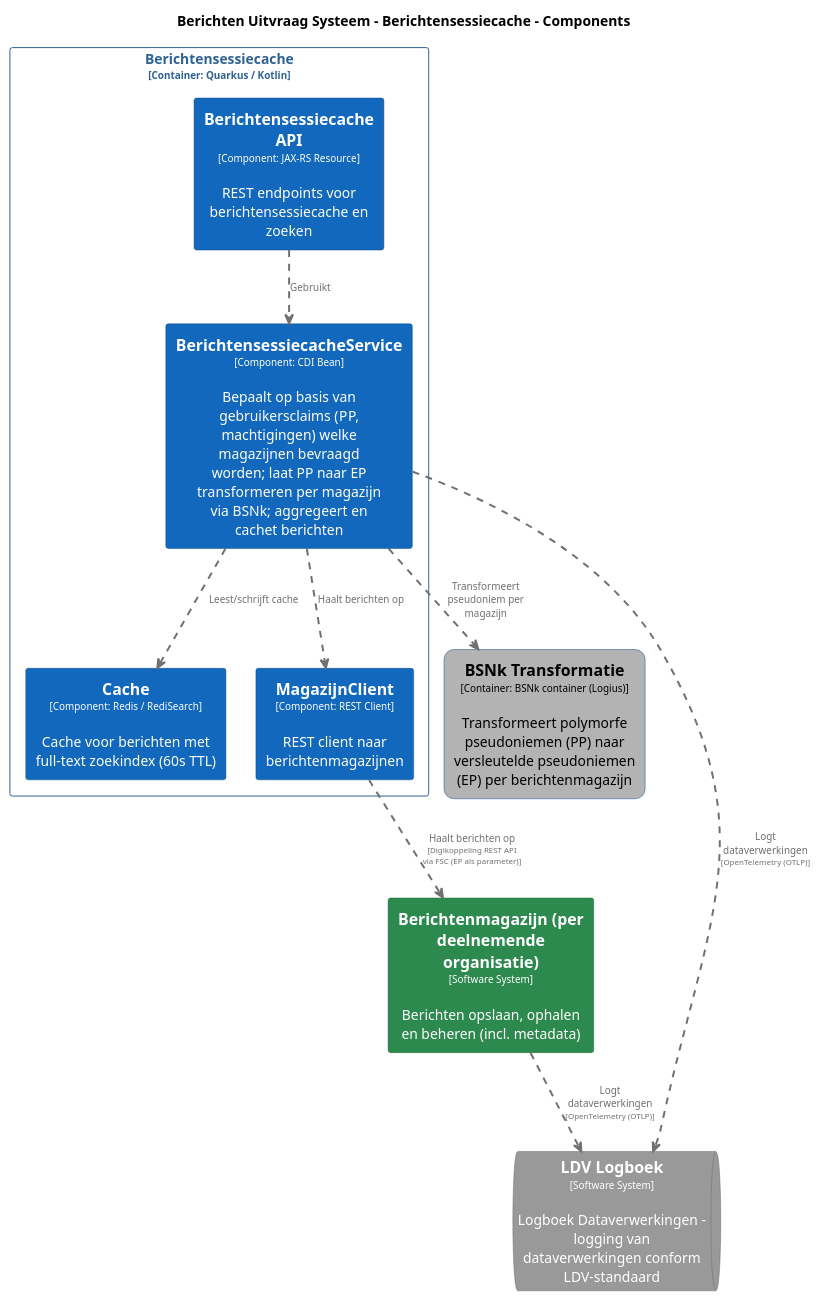
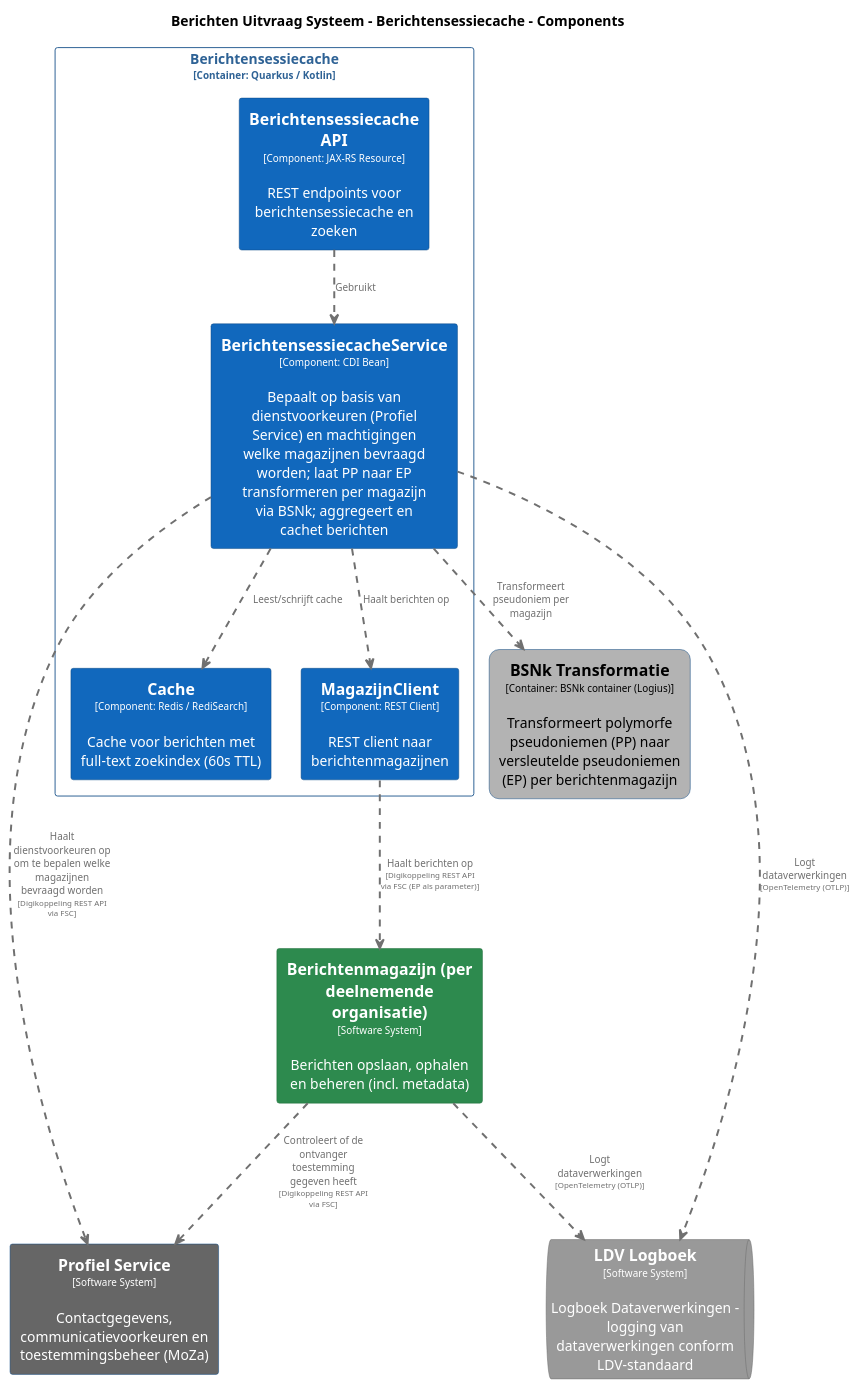
One commit to MinBZK/moza-poc-fbs-berichtenbox changed the diagram in pr-preview/pr-22/master/puml/BerichtensessiecacheComponenten.puml. Above: the diagram before and after it, drawn with PlantUML. The commit also changed 39 other files, not shown here.

```diff
--- a/pr-preview/pr-22/master/puml/BerichtensessiecacheComponenten.puml
+++ b/pr-preview/pr-22/master/puml/BerichtensessiecacheComponenten.puml
@@ -1,85 +1,94 @@
 @startuml
 set separator none
 title Berichten Uitvraag Systeem - Berichtensessiecache - Components
 
 top to bottom direction
 skinparam ranksep 60
 skinparam nodesep 30
 
 skinparam {
   arrowFontSize 10
   defaultTextAlignment center
   wrapWidth 200
   maxMessageSize 100
 }
 
 hide stereotype
 
 skinparam rectangle<<BerichtenUitvraagSysteem.BSNkTransformatie>> {
   BackgroundColor #b3b3b3
   FontColor #000000
   BorderColor #0b4884
   roundCorner 20
   shadowing false
 }
 skinparam rectangle<<Berichtenmagazijnperdeelnemendeorganisatie>> {
   BackgroundColor #2d8a4e
   FontColor #ffffff
   BorderColor #1e6b38
   shadowing false
 }
 skinparam rectangle<<BerichtenUitvraagSysteem.Berichtensessiecache.BerichtensessiecacheAPI>> {
   BackgroundColor #1168bd
   FontColor #ffffff
   BorderColor #0b4884
   shadowing false
 }
 skinparam rectangle<<BerichtenUitvraagSysteem.Berichtensessiecache.BerichtensessiecacheService>> {
   BackgroundColor #1168bd
   FontColor #ffffff
   BorderColor #0b4884
   shadowing false
 }
 skinparam rectangle<<BerichtenUitvraagSysteem.Berichtensessiecache.Cache>> {
   BackgroundColor #1168bd
   FontColor #ffffff
   BorderColor #0b4884
   shadowing false
 }
 skinparam queue<<LDVLogboek>> {
   BackgroundColor #999999
   FontColor #ffffff
   BorderColor #6b6b6b
   shadowing false
 }
 skinparam rectangle<<BerichtenUitvraagSysteem.Berichtensessiecache.MagazijnClient>> {
   BackgroundColor #1168bd
   FontColor #ffffff
   BorderColor #0b4884
   shadowing false
 }
+skinparam rectangle<<ProfielService>> {
+  BackgroundColor #666666
+  FontColor #ffffff
+  BorderColor #0b4884
+  shadowing false
+}
 skinparam rectangle<<BerichtenUitvraagSysteem.Berichtensessiecache>> {
   BorderColor #2e6295
   FontColor #2e6295
   shadowing false
 }
 
+rectangle "==Profiel Service\n<size:10>[Software System]</size>\n\nContactgegevens, communicatievoorkeuren en toestemmingsbeheer (MoZa)" <<ProfielService>> as ProfielService
 rectangle "==Berichtenmagazijn (per deelnemende organisatie)\n<size:10>[Software System]</size>\n\nBerichten opslaan, ophalen en beheren (incl. metadata)" <<Berichtenmagazijnperdeelnemendeorganisatie>> as Berichtenmagazijnperdeelnemendeorganisatie
 rectangle "==BSNk Transformatie\n<size:10>[Container: BSNk container (Logius)]</size>\n\nTransformeert polymorfe pseudoniemen (PP) naar versleutelde pseudoniemen (EP) per berichtenmagazijn" <<BerichtenUitvraagSysteem.BSNkTransformatie>> as BerichtenUitvraagSysteem.BSNkTransformatie
 queue "==LDV Logboek\n<size:10>[Software System]</size>\n\nLogboek Dataverwerkingen - logging van dataverwerkingen conform LDV-standaard" <<LDVLogboek>> as LDVLogboek
 
 rectangle "Berichtensessiecache\n<size:10>[Container: Quarkus / Kotlin]</size>" <<BerichtenUitvraagSysteem.Berichtensessiecache>> {
   rectangle "==Berichtensessiecache API\n<size:10>[Component: JAX-RS Resource]</size>\n\nREST endpoints voor berichtensessiecache en zoeken" <<BerichtenUitvraagSysteem.Berichtensessiecache.BerichtensessiecacheAPI>> as BerichtenUitvraagSysteem.Berichtensessiecache.BerichtensessiecacheAPI
-  rectangle "==BerichtensessiecacheService\n<size:10>[Component: CDI Bean]</size>\n\nBepaalt op basis van gebruikersclaims (PP, machtigingen) welke magazijnen bevraagd worden; laat PP naar EP transformeren per magazijn via BSNk; aggregeert en cachet berichten" <<BerichtenUitvraagSysteem.Berichtensessiecache.BerichtensessiecacheService>> as BerichtenUitvraagSysteem.Berichtensessiecache.BerichtensessiecacheService
+  rectangle "==BerichtensessiecacheService\n<size:10>[Component: CDI Bean]</size>\n\nBepaalt op basis van dienstvoorkeuren (Profiel Service) en machtigingen welke magazijnen bevraagd worden; laat PP naar EP transformeren per magazijn via BSNk; aggregeert en cachet berichten" <<BerichtenUitvraagSysteem.Berichtensessiecache.BerichtensessiecacheService>> as BerichtenUitvraagSysteem.Berichtensessiecache.BerichtensessiecacheService
   rectangle "==Cache\n<size:10>[Component: Redis / RediSearch]</size>\n\nCache voor berichten met full-text zoekindex (60s TTL)" <<BerichtenUitvraagSysteem.Berichtensessiecache.Cache>> as BerichtenUitvraagSysteem.Berichtensessiecache.Cache
   rectangle "==MagazijnClient\n<size:10>[Component: REST Client]</size>\n\nREST client naar berichtenmagazijnen" <<BerichtenUitvraagSysteem.Berichtensessiecache.MagazijnClient>> as BerichtenUitvraagSysteem.Berichtensessiecache.MagazijnClient
 }
 
+BerichtenUitvraagSysteem.Berichtensessiecache.MagazijnClient .[#707070,thickness=2].> Berichtenmagazijnperdeelnemendeorganisatie : "<color:#707070>Haalt berichten op\n<color:#707070><size:8>[Digikoppeling REST API via FSC (EP als parameter)]</size>"
 Berichtenmagazijnperdeelnemendeorganisatie .[#707070,thickness=2].> LDVLogboek : "<color:#707070>Logt dataverwerkingen\n<color:#707070><size:8>[OpenTelemetry (OTLP)]</size>"
 BerichtenUitvraagSysteem.Berichtensessiecache.BerichtensessiecacheService .[#707070,thickness=2].> LDVLogboek : "<color:#707070>Logt dataverwerkingen\n<color:#707070><size:8>[OpenTelemetry (OTLP)]</size>"
 BerichtenUitvraagSysteem.Berichtensessiecache.BerichtensessiecacheAPI .[#707070,thickness=2].> BerichtenUitvraagSysteem.Berichtensessiecache.BerichtensessiecacheService : "<color:#707070>Gebruikt"
 BerichtenUitvraagSysteem.Berichtensessiecache.BerichtensessiecacheService .[#707070,thickness=2].> BerichtenUitvraagSysteem.Berichtensessiecache.Cache : "<color:#707070>Leest/schrijft cache"
 BerichtenUitvraagSysteem.Berichtensessiecache.BerichtensessiecacheService .[#707070,thickness=2].> BerichtenUitvraagSysteem.Berichtensessiecache.MagazijnClient : "<color:#707070>Haalt berichten op"
 BerichtenUitvraagSysteem.Berichtensessiecache.BerichtensessiecacheService .[#707070,thickness=2].> BerichtenUitvraagSysteem.BSNkTransformatie : "<color:#707070>Transformeert pseudoniem per magazijn"
-BerichtenUitvraagSysteem.Berichtensessiecache.MagazijnClient .[#707070,thickness=2].> Berichtenmagazijnperdeelnemendeorganisatie : "<color:#707070>Haalt berichten op\n<color:#707070><size:8>[Digikoppeling REST API via FSC (EP als parameter)]</size>"
+Berichtenmagazijnperdeelnemendeorganisatie .[#707070,thickness=2].> ProfielService : "<color:#707070>Controleert of de ontvanger toestemming gegeven heeft\n<color:#707070><size:8>[Digikoppeling REST API via FSC]</size>"
+BerichtenUitvraagSysteem.Berichtensessiecache.BerichtensessiecacheService .[#707070,thickness=2].> ProfielService : "<color:#707070>Haalt dienstvoorkeuren op om te bepalen welke magazijnen bevraagd worden\n<color:#707070><size:8>[Digikoppeling REST API via FSC]</size>"
 @enduml
```
